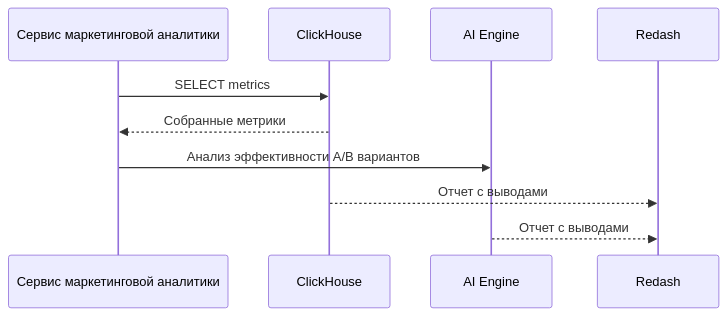
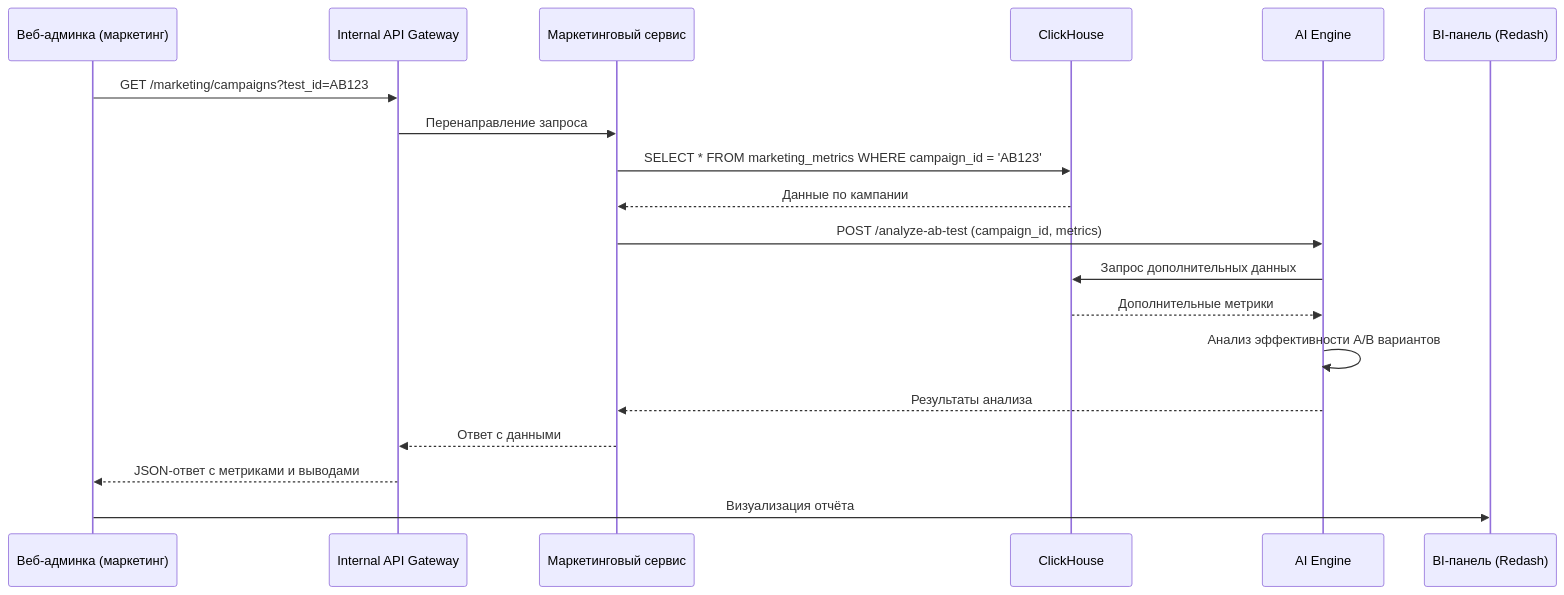
The diagram in architecture/application-usage-scenarios/ab-testing.md (andreyantropov/architect-coursework), drawn with Mermaid before and after one commit. The commit also changed other lines of this file and 4 other files, not shown here.

````diff
--- a/architecture/application-usage-scenarios/ab-testing.md
+++ b/architecture/application-usage-scenarios/ab-testing.md
@@ -3,13 +3,22 @@
 ```mermaid
 sequenceDiagram
-    participant MK as Сервис маркетинговой аналитики
+    participant UI as Веб-админка (маркетинг)
+    participant GW as Internal API Gateway
+    participant MK as Маркетинговый сервис
     participant DB as ClickHouse
-    participant A as AI Engine
-    participant UI as Redash
+    participant AI as AI Engine
+    participant REPORT as BI-панель (Redash)
 
-    MK->>DB: SELECT metrics
-    DB-->>MK: Собранные метрики
-    MK->>A: Анализ эффективности A/B вариантов
-    DB-->>UI: Отчет с выводами
-    A-->>UI: Отчет с выводами
+    UI->>GW: GET /marketing/campaigns?test_id=AB123
+    GW->>MK: Перенаправление запроса
+    MK->>DB: SELECT * FROM marketing_metrics WHERE campaign_id = 'AB123'
+    DB-->>MK: Данные по кампании
+    MK->>AI: POST /analyze-ab-test (campaign_id, metrics)
+    AI->>DB: Запрос дополнительных данных
+    DB-->>AI: Дополнительные метрики
+    AI->>AI: Анализ эффективности A/B вариантов
+    AI-->>MK: Результаты анализа
+    MK-->>GW: Ответ с данными
+    GW-->>UI: JSON-ответ с метриками и выводами
+    UI->>REPORT: Визуализация отчёта
 ```
````
